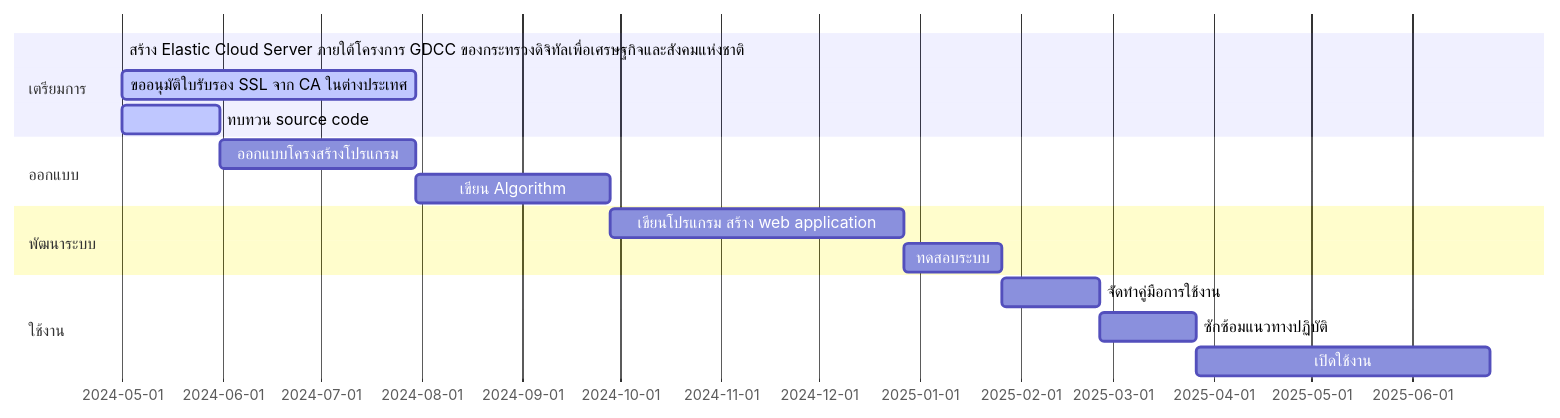
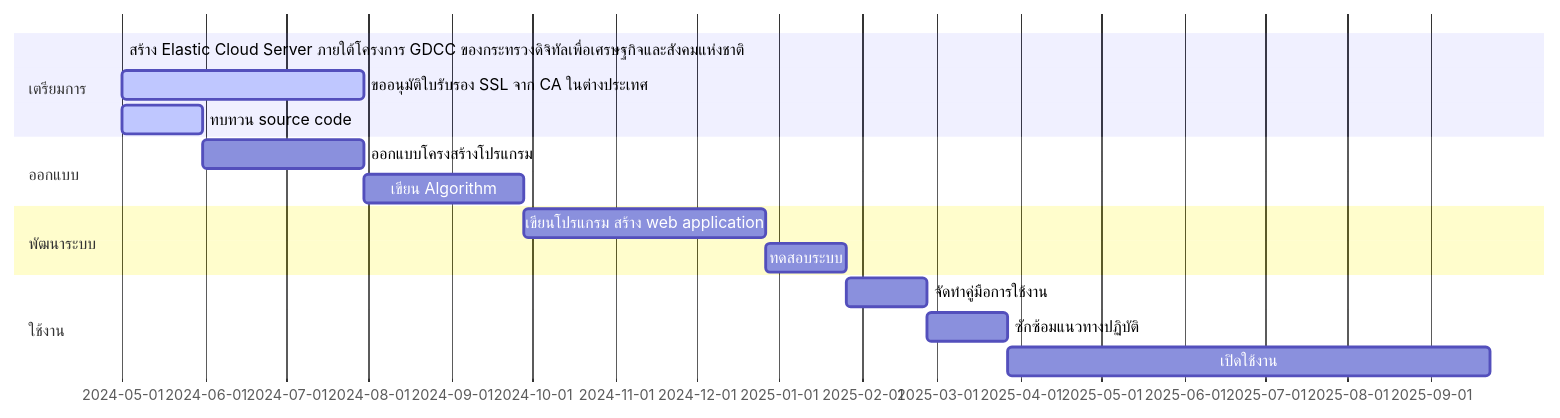
One commit to Kietpawpan/e-tracking changed the first of 2 diagrams in README.md. Above: the diagram before and after it, drawn with Mermaid.

````diff
--- a/README.md
+++ b/README.md
@@ -10,19 +10,19 @@
 ```mermaid
 gantt
     section เตรียมการ
     สร้าง Elastic Cloud Server ภายใต้โครงการ GDCC ของกระทรวงดิจิทัลเพื่อเศรษฐกิจและสังคมแห่งชาติ :done,    des1, 2024-05-01,2024-05-30
     ขออนุมัติใบรับรอง SSL จาก CA ในต่างประเทศ        :active, des2, after des1, 90d
     ทบทวน source code  :   active, des3, after des1, 30d
     section ออกแบบ
     ออกแบบโครงสร้างโปรแกรม  :         des4, after des3, 60d
     เขียน Algorithm:   des5, after des4, 60d
     section พัฒนาระบบ
     เขียนโปรแกรม สร้าง web application  :  des6, after des5, 90d
     ทดสอบระบบ:des7, after des6, 30d
    section ใช้งาน
     จัดทำคู่มือการใช้งาน   :         des8, after des7, 30d
     ซักซ้อมแนวทางปฏิบัติ   :         des9, after des8, 30d
-      เปิดใช้งาน: des10, after des9, 90d
+      เปิดใช้งาน: des10, after des9, 180d
 
 
 ```
````
